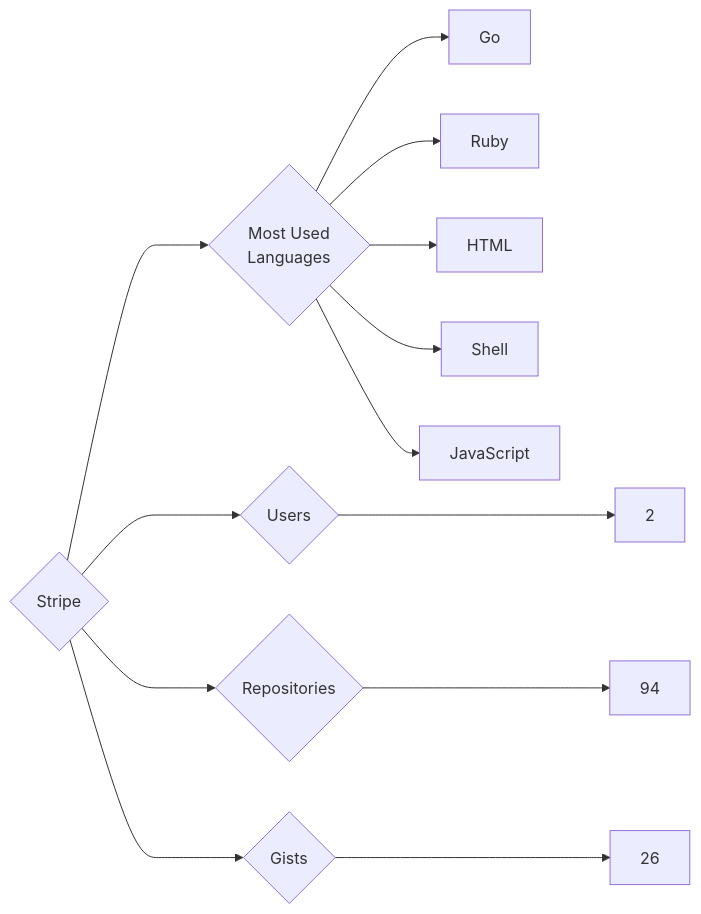
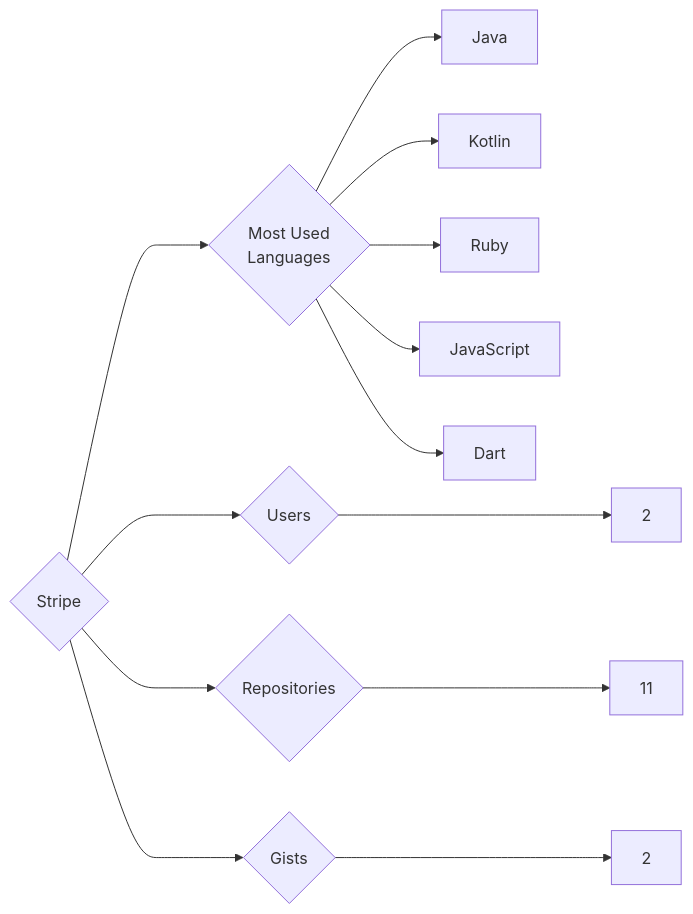
One commit to trickest/insiders changed the diagram in targets/Stripe/README.md. Above: the diagram before and after it, drawn with Mermaid. The commit also changed 806 other files, not shown here.

````diff
--- a/targets/Stripe/README.md
+++ b/targets/Stripe/README.md
@@ -3,13 +3,13 @@
 ```mermaid
 graph LR
 COMPANY_NAME{Stripe}
 COMPANY_NAME ---> U{Users} ---> UN[2]
-COMPANY_NAME ---> R{Repositories} ---> RN[94]
-COMPANY_NAME ---> G{Gists} ---> GN[26]
+COMPANY_NAME ---> R{Repositories} ---> RN[11]
+COMPANY_NAME ---> G{Gists} ---> GN[2]
 COMPANY_NAME ---> ML{Most Used<br>Languages}
-ML --> Go[Go]
+ML --> Java[Java]
+ML --> Kotlin[Kotlin]
 ML --> Ruby[Ruby]
-ML --> HTML[HTML]
-ML --> Shell[Shell]
 ML --> JavaScript[JavaScript]
+ML --> Dart[Dart]
 ```
````
